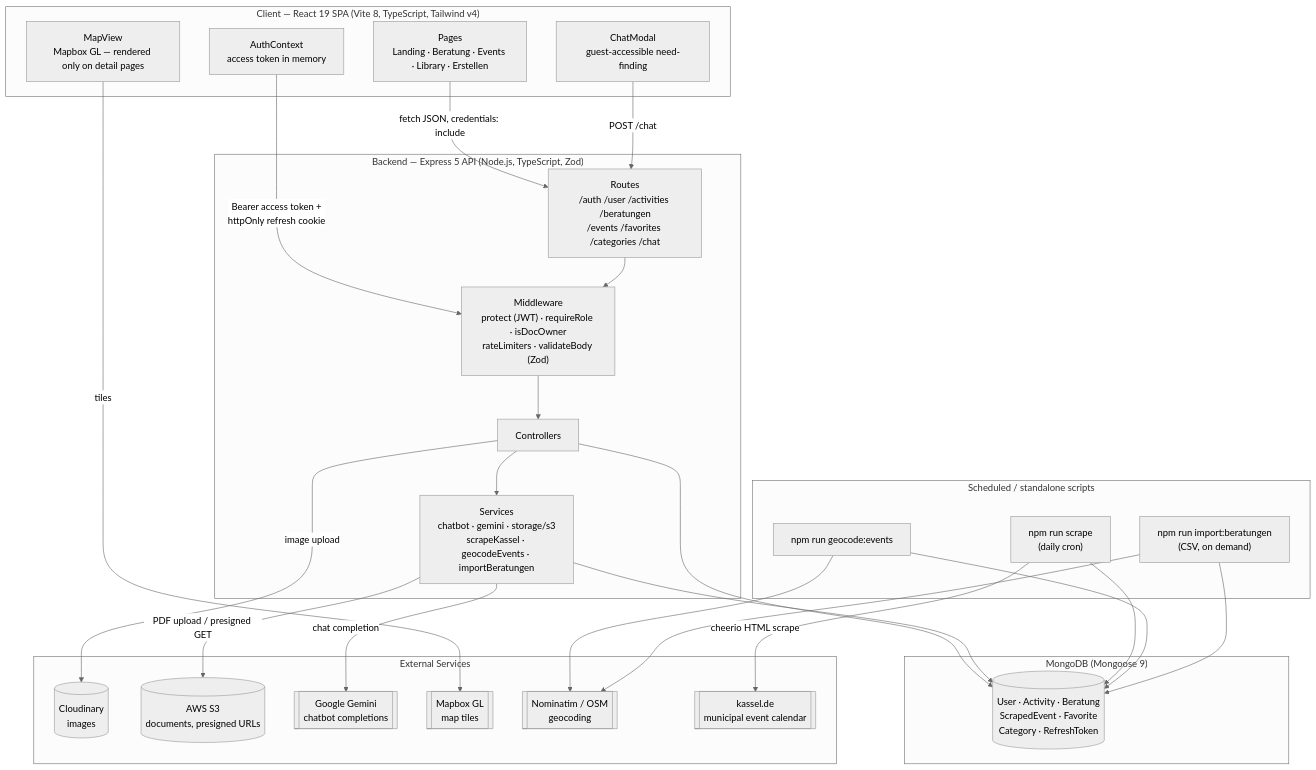
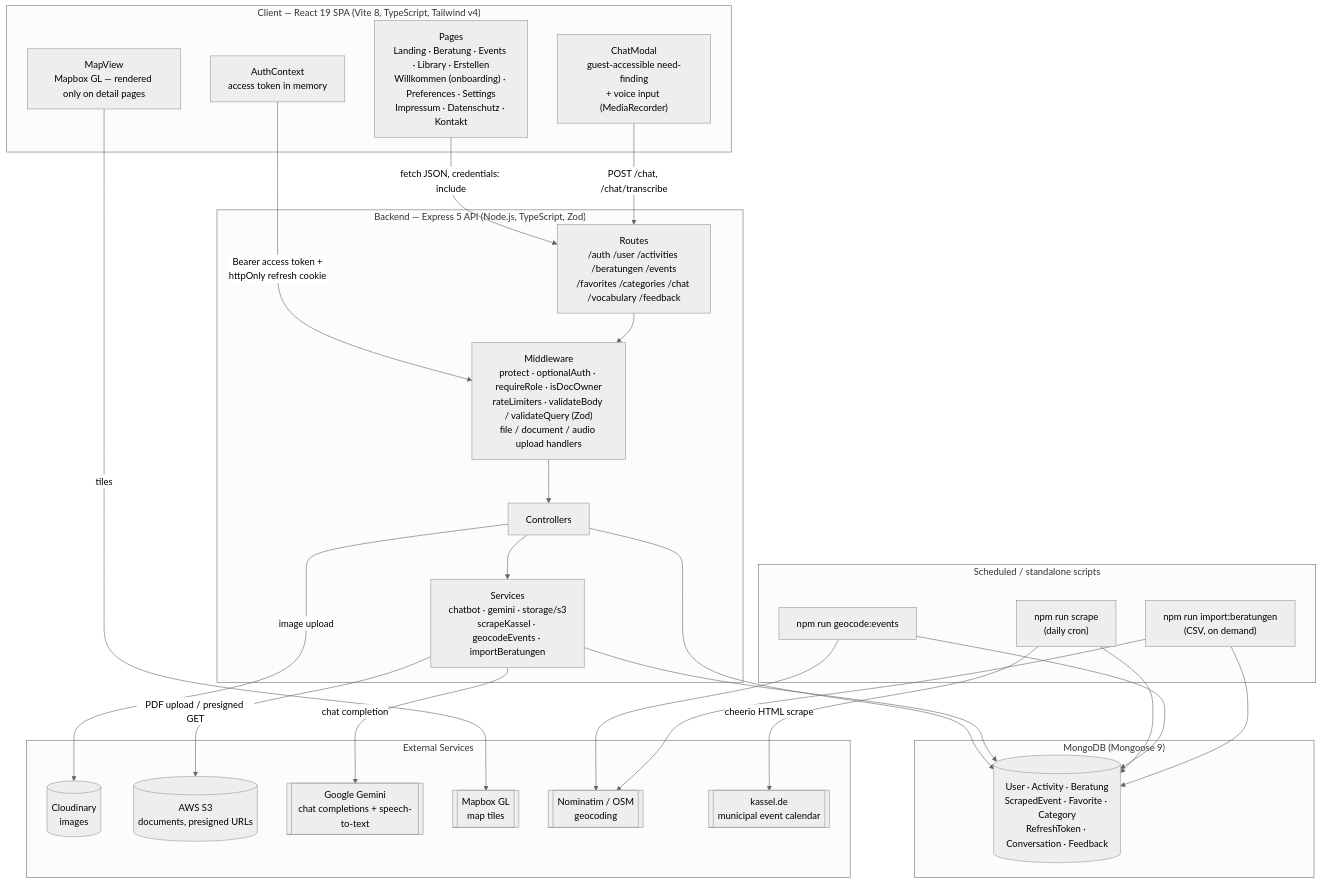
Before and after one commit to jonas-fink/SokoRefactor: the first of 3 diagrams in README.md, drawn with Mermaid (neutral theme). The commit also changed other lines of this file, not shown here.

````diff
--- a/README.md
+++ b/README.md
@@ -25,55 +27,55 @@
 ```mermaid
 flowchart TB
     subgraph Client["Client — React 19 SPA (Vite 8, TypeScript, Tailwind v4)"]
-        UI["Pages\nLanding · Beratung · Events · Library · Erstellen"]
+        UI["Pages\nLanding · Beratung · Events · Library · Erstellen\nWillkommen (onboarding) · Preferences · Settings\nImpressum · Datenschutz · Kontakt"]
         AuthCtx["AuthContext\naccess token in memory"]
         MapView["MapView\nMapbox GL — rendered only on detail pages"]
-        ChatModal["ChatModal\nguest-accessible need-finding"]
+        ChatModal["ChatModal\nguest-accessible need-finding\n+ voice input (MediaRecorder)"]
     end
 
     subgraph API["Backend — Express 5 API (Node.js, TypeScript, Zod)"]
-        MW["Middleware\nprotect (JWT) · requireRole · isDocOwner\nrateLimiters · validateBody (Zod)"]
-        Routes["Routes\n/auth /user /activities /beratungen\n/events /favorites /categories /chat"]
+        MW["Middleware\nprotect · optionalAuth · requireRole · isDocOwner\nrateLimiters · validateBody / validateQuery (Zod)\nfile / document / audio upload handlers"]
+        Routes["Routes\n/auth /user /activities /beratungen /events\n/favorites /categories /chat /vocabulary /feedback"]
         Ctrl["Controllers"]
         Svc["Services\nchatbot · gemini · storage/s3\nscrapeKassel · geocodeEvents · importBeratungen"]
     end
 
     subgraph DB["MongoDB (Mongoose 9)"]
-        Mongo[("User · Activity · Beratung\nScrapedEvent · Favorite\nCategory · RefreshToken")]
+        Mongo[("User · Activity · Beratung\nScrapedEvent · Favorite · Category\nRefreshToken · Conversation · Feedback")]
     end
 
     subgraph External["External Services"]
         Cloudinary[("Cloudinary\nimages")]
         S3[("AWS S3\ndocuments, presigned URLs")]
-        Gemini[["Google Gemini\nchatbot completions"]]
+        Gemini[["Google Gemini\nchat completions + speech-to-text"]]
         Mapbox[["Mapbox GL\nmap tiles"]]
         Nominatim[["Nominatim / OSM\ngeocoding"]]
         Kassel[["kassel.de\nmunicipal event calendar"]]
     end
 
     subgraph Cron["Scheduled / standalone scripts"]
         Scraper["npm run scrape\n(daily cron)"]
         Geocode["npm run geocode:events"]
         Import["npm run import:beratungen\n(CSV, on demand)"]
     end
 
     UI -- "fetch JSON, credentials: include" --> Routes
     AuthCtx -- "Bearer access token +\nhttpOnly refresh cookie" --> MW
     MapView -- "tiles" --> Mapbox
-    ChatModal -- "POST /chat" --> Routes
+    ChatModal -- "POST /chat, /chat/transcribe" --> Routes
 
     Routes --> MW --> Ctrl --> Svc
     Ctrl --> Mongo
     Svc --> Mongo
 
     Ctrl -- "image upload" --> Cloudinary
     Svc -- "PDF upload / presigned GET" --> S3
     Svc -- "chat completion" --> Gemini
 
     Scraper -- "cheerio HTML scrape" --> Kassel
     Scraper --> Mongo
     Geocode --> Nominatim
     Geocode --> Mongo
     Import --> Nominatim
     Import --> Mongo
 ```
````
